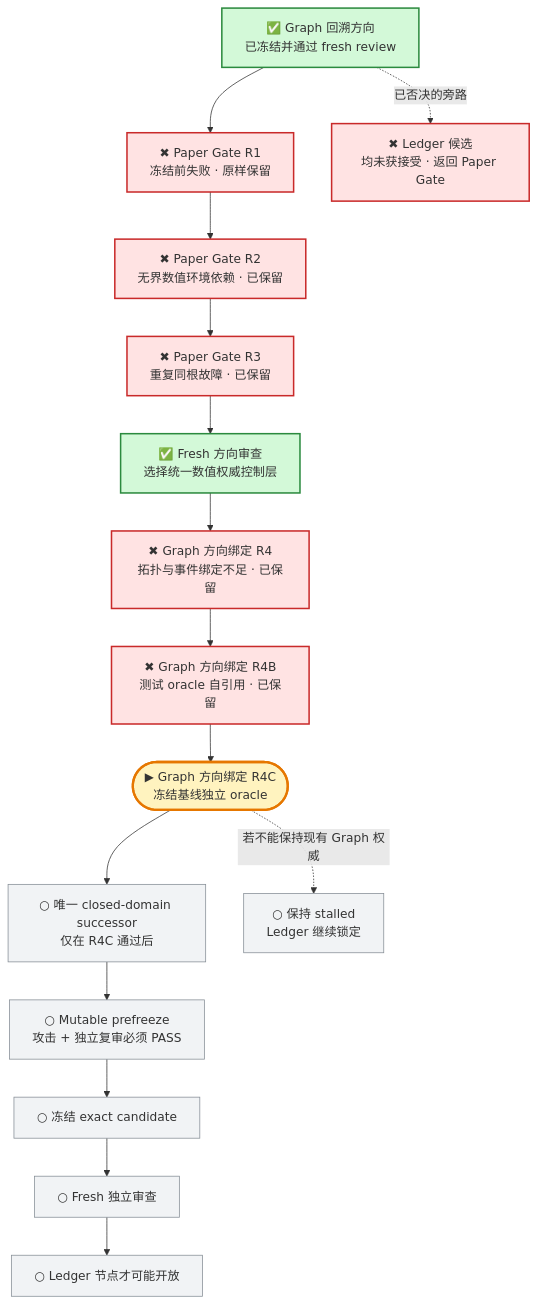
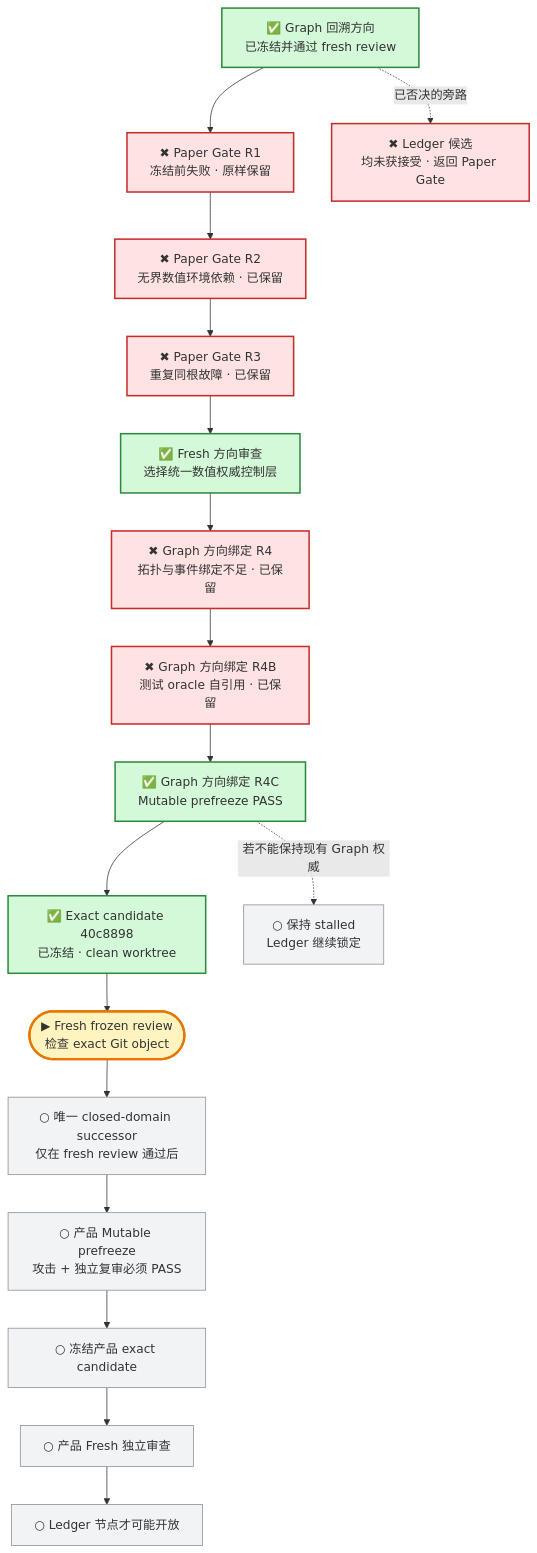
The first of 2 diagrams in MyBrain/automation/reports/investment-discipline-system/CURRENT_PROGRESS.md (j-a-v-e-n/knowledge-vault), drawn with Mermaid before and after one commit. The commit also changed other lines of this file, not shown here.

Commit message:
vault backup: 2026-07-30 06:38:57

````diff
--- a/MyBrain/automation/reports/investment-discipline-system/CURRENT_PROGRESS.md
+++ b/MyBrain/automation/reports/investment-discipline-system/CURRENT_PROGRESS.md
@@ -7,28 +7,29 @@
 ```mermaid
 flowchart TB
     G["✅ Graph 回溯方向<br/>已冻结并通过 fresh review"] --> R1["✖ Paper Gate R1<br/>冻结前失败 · 原样保留"]
     R1 --> R2["✖ Paper Gate R2<br/>无界数值环境依赖 · 已保留"]
     R2 --> R3["✖ Paper Gate R3<br/>重复同根故障 · 已保留"]
     R3 --> D["✅ Fresh 方向审查<br/>选择统一数值权威控制层"]
     D --> Q["✖ Graph 方向绑定 R4<br/>拓扑与事件绑定不足 · 已保留"]
     Q --> B["✖ Graph 方向绑定 R4B<br/>测试 oracle 自引用 · 已保留"]
-    B --> C(["▶ Graph 方向绑定 R4C<br/>冻结基线独立 oracle"])
-    C --> S["○ 唯一 closed-domain successor<br/>仅在 R4C 通过后"]
+    B --> C["✅ Graph 方向绑定 R4C<br/>Mutable prefreeze PASS"]
+    C --> F["✅ Exact candidate 40c8898<br/>已冻结 · clean worktree"]
+    F --> V(["▶ Fresh frozen review<br/>检查 exact Git object"])
+    V --> S["○ 唯一 closed-domain successor<br/>仅在 fresh review 通过后"]
     C -. "若不能保持现有 Graph 权威" .-> H["○ 保持 stalled<br/>Ledger 继续锁定"]
-    S --> P["○ Mutable prefreeze<br/>攻击 + 独立复审必须 PASS"]
-    P --> F["○ 冻结 exact candidate"]
-    F --> V["○ Fresh 独立审查"]
-    V --> L["○ Ledger 节点才可能开放"]
+    S --> P["○ 产品 Mutable prefreeze<br/>攻击 + 独立复审必须 PASS"]
+    P --> K["○ 冻结产品 exact candidate"]
+    K --> W["○ 产品 Fresh 独立审查"]
+    W --> L["○ Ledger 节点才可能开放"]
 
     G -. "已否决的旁路" .-> X["✖ Ledger 候选<br/>均未获接受 · 返回 Paper Gate"]
 
     classDef done fill:#d3f9d8,stroke:#2b8a3e,stroke-width:2px;
     classDef current fill:#fff3bf,stroke:#e67700,stroke-width:3px;
     classDef failed fill:#ffe3e3,stroke:#c92a2a,stroke-width:2px;
     classDef pending fill:#f1f3f5,stroke:#868e96;
-    class G done;
-    class D done;
-    class C current;
+    class G,D,C,F done;
+    class V current;
     class R1,R2,R3,Q,B,X failed;
-    class S,H,P,F,V,L pending;
+    class S,H,P,K,W,L pending;
 ```
````
